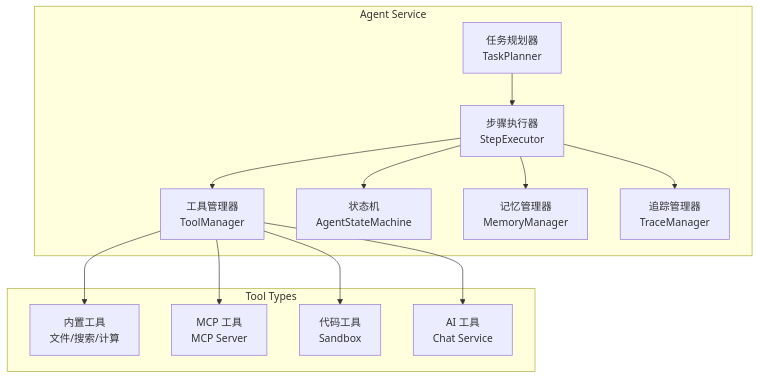
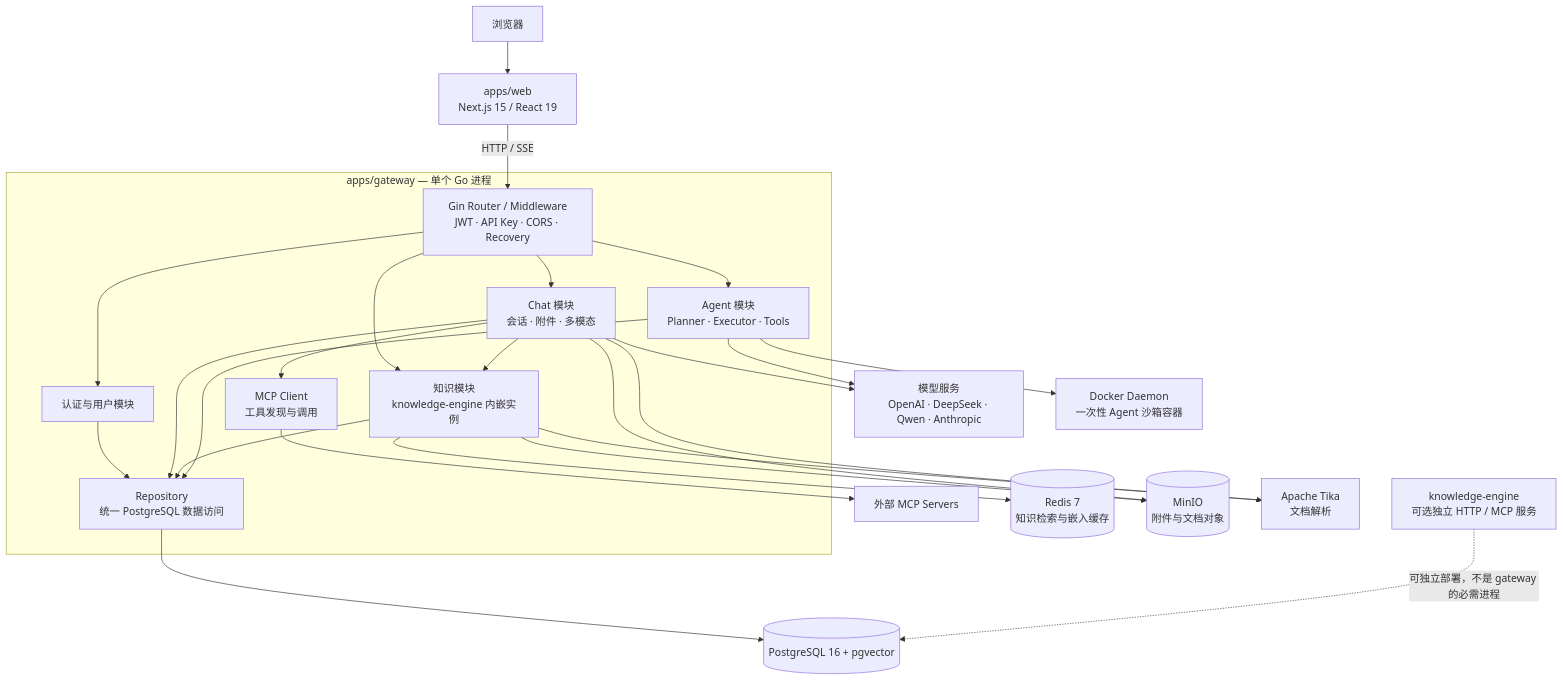
Before and after one commit to m2lan/omnidev: the first of 3 diagrams in docs/architecture/05-SYSTEM-ARCHITECTURE.md, drawn with Mermaid. The commit also changed other lines of this file and 260 other files, not shown here.

First line of the commit message:
refactor: focus platform on chat knowledge and agents

````diff
--- a/docs/architecture/05-SYSTEM-ARCHITECTURE.md
+++ b/docs/architecture/05-SYSTEM-ARCHITECTURE.md
@@ -213,28 +15,48 @@
 ```mermaid
 graph TB
-    subgraph "Agent Service"
-        TASK_PLANNER["任务规划器<br/>TaskPlanner"]
-        STEP_EXECUTOR["步骤执行器<br/>StepExecutor"]
-        TOOL_MANAGER["工具管理器<br/>ToolManager"]
-        STATE_MACHINE["状态机<br/>AgentStateMachine"]
-        MEMORY_MGR["记忆管理器<br/>MemoryManager"]
-        TRACE_MGR["追踪管理器<br/>TraceManager"]
+    Browser["浏览器"]
+    Web["apps/web<br/>Next.js 15 / React 19"]
+
+    subgraph Gateway["apps/gateway — 单个 Go 进程"]
+        HTTP["Gin Router / Middleware<br/>JWT · API Key · CORS · Recovery"]
+        Auth["认证与用户模块"]
+        Chat["Chat 模块<br/>会话 · 附件 · 多模态"]
+        Knowledge["知识模块<br/>knowledge-engine 内嵌实例"]
+        MCP["MCP Client<br/>工具发现与调用"]
+        Agent["Agent 模块<br/>Planner · Executor · Tools"]
+        Repo["Repository<br/>统一 PostgreSQL 数据访问"]
     end
 
-    subgraph "Tool Types"
-        BUILTIN_TOOLS["内置工具<br/>文件/搜索/计算"]
-        MCP_TOOLS["MCP 工具<br/>MCP Server"]
-        CODE_TOOLS["代码工具<br/>Sandbox"]
-        CHAT_TOOLS["AI 工具<br/>Chat Service"]
-    end
+    Models["模型服务<br/>OpenAI · DeepSeek · Qwen · Anthropic"]
+    ExternalMCP["外部 MCP Servers"]
+    Docker["Docker Daemon<br/>一次性 Agent 沙箱容器"]
+    PG[("PostgreSQL 16 + pgvector")]
+    Redis[("Redis 7<br/>知识检索与嵌入缓存")]
+    MinIO[("MinIO<br/>附件与文档对象")]
+    Tika["Apache Tika<br/>文档解析"]
+    KE["knowledge-engine<br/>可选独立 HTTP / MCP 服务"]
 
-    TASK_PLANNER --> STEP_EXECUTOR
-    STEP_EXECUTOR --> TOOL_MANAGER
-    TOOL_MANAGER --> BUILTIN_TOOLS
-    TOOL_MANAGER --> MCP_TOOLS
-    TOOL_MANAGER --> CODE_TOOLS
-    TOOL_MANAGER --> CHAT_TOOLS
-    STEP_EXECUTOR --> STATE_MACHINE
-    STEP_EXECUTOR --> MEMORY_MGR
-    STEP_EXECUTOR --> TRACE_MGR
+    Browser --> Web
+    Web -->|"HTTP / SSE"| HTTP
+    HTTP --> Auth
+    HTTP --> Chat
+    HTTP --> Knowledge
+    HTTP --> Agent
+    Chat --> Knowledge
+    Chat --> MCP
+    Chat --> Models
+    Agent --> Models
+    Agent --> Docker
+    MCP --> ExternalMCP
+    Auth --> Repo
+    Chat --> Repo
+    Knowledge --> Repo
+    Agent --> Repo
+    Repo --> PG
+    Knowledge --> Redis
+    Knowledge --> MinIO
+    Knowledge --> Tika
+    Chat --> MinIO
+    Chat --> Tika
+    KE -. "可独立部署，不是 gateway 的必需进程" .-> PG
 ```
````
